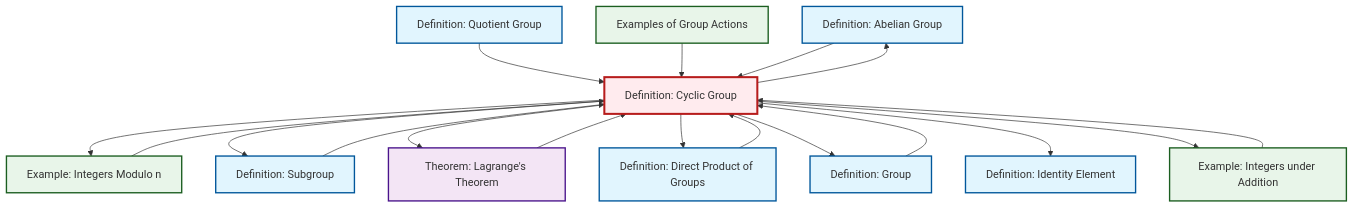
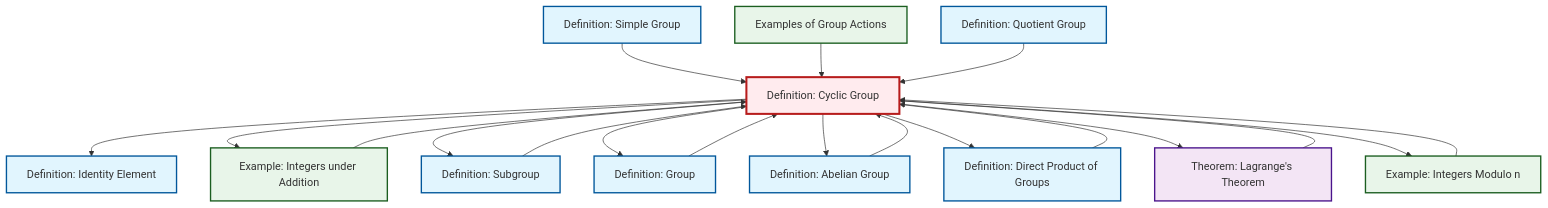
Before and after one commit to RK0429/ModernMath: the diagram in content/ja/algebra/def-cyclic-group.qmd, drawn with Mermaid. The commit also changed 554 other files, not shown here.

````diff
--- a/content/ja/algebra/def-cyclic-group.qmd
+++ b/content/ja/algebra/def-cyclic-group.qmd
@@ -99,48 +99,51 @@
 ```{mermaid}
 %%| fig-cap: "Local dependency graph"
 graph TD
     classDef definition fill:#e1f5fe,stroke:#01579b,stroke-width:2px
     classDef theorem fill:#f3e5f5,stroke:#4a148c,stroke-width:2px
     classDef axiom fill:#fff3e0,stroke:#e65100,stroke-width:2px
     classDef example fill:#e8f5e9,stroke:#1b5e20,stroke-width:2px
     classDef current fill:#ffebee,stroke:#b71c1c,stroke-width:3px
+    def-quotient-group["Definition: Quotient Group"]:::definition
+    def-direct-product["Definition: Direct Product of Groups"]:::definition
     def-abelian-group["Definition: Abelian Group"]:::definition
+    def-subgroup["Definition: Subgroup"]:::definition
+    ex-integers-addition["Example: Integers under Addition"]:::example
     def-cyclic-group["Definition: Cyclic Group"]:::definition
-    def-quotient-group["Definition: Quotient Group"]:::definition
+    ex-quotient-integers-mod-n["Example: Integers Modulo n"]:::example
+    def-simple-group["Definition: Simple Group"]:::definition
+    def-group["Definition: Group"]:::definition
     ex-group-action-examples["Examples of Group Actions"]:::example
-    def-group["Definition: Group"]:::definition
-    def-subgroup["Definition: Subgroup"]:::definition
+    thm-lagrange["Theorem: Lagrange's Theorem"]:::theorem
     def-identity-element["Definition: Identity Element"]:::definition
-    ex-quotient-integers-mod-n["Example: Integers Modulo n"]:::example
-    ex-integers-addition["Example: Integers under Addition"]:::example
-    thm-lagrange["Theorem: Lagrange's Theorem"]:::theorem
-    def-direct-product["Definition: Direct Product of Groups"]:::definition
+    def-simple-group --> def-cyclic-group
+    ex-integers-addition --> def-cyclic-group
+    ex-group-action-examples --> def-cyclic-group
+    ex-quotient-integers-mod-n --> def-cyclic-group
+    def-quotient-group --> def-cyclic-group
+    def-direct-product --> def-cyclic-group
+    def-subgroup --> def-cyclic-group
+    def-cyclic-group --> def-identity-element
+    def-group --> def-cyclic-group
+    def-abelian-group --> def-cyclic-group
+    def-cyclic-group --> ex-integers-addition
+    thm-lagrange --> def-cyclic-group
+    def-cyclic-group --> def-subgroup
+    def-cyclic-group --> def-group
+    def-cyclic-group --> def-abelian-group
+    def-cyclic-group --> def-direct-product
+    def-cyclic-group --> thm-lagrange
     def-cyclic-group --> ex-quotient-integers-mod-n
-    def-subgroup --> def-cyclic-group
-    def-group --> def-cyclic-group
-    def-cyclic-group --> def-abelian-group
-    ex-integers-addition --> def-cyclic-group
-    def-cyclic-group --> def-subgroup
-    def-cyclic-group --> thm-lagrange
-    def-quotient-group --> def-cyclic-group
-    thm-lagrange --> def-cyclic-group
-    def-cyclic-group --> def-direct-product
-    ex-group-action-examples --> def-cyclic-group
-    def-direct-product --> def-cyclic-group
-    def-cyclic-group --> def-group
-    def-abelian-group --> def-cyclic-group
-    def-cyclic-group --> def-identity-element
-    def-cyclic-group --> ex-integers-addition
-    ex-quotient-integers-mod-n --> def-cyclic-group
     class def-cyclic-group current
+    click def-quotient-group "def-quotient-group.html" "Definition: Quotient Groupへ"
+    click def-direct-product "def-direct-product.html" "Definition: Direct Product of Groupsへ"
     click def-abelian-group "def-abelian-group.html" "Definition: Abelian Groupへ"
-    click def-quotient-group "def-quotient-group.html" "Definition: Quotient Groupへ"
+    click def-subgroup "def-subgroup.html" "Definition: Subgroupへ"
+    click ex-integers-addition "ex-integers-addition.html" "Example: Integers under Additionへ"
+    click ex-quotient-integers-mod-n "ex-quotient-integers-mod-n.html" "Example: Integers Modulo nへ"
+    click def-simple-group "def-simple-group.html" "Definition: Simple Groupへ"
+    click def-group "def-group.html" "Definition: Groupへ"
     click ex-group-action-examples "ex-group-action-examples.html" "Examples of Group Actionsへ"
-    click def-group "def-group.html" "Definition: Groupへ"
-    click def-subgroup "def-subgroup.html" "Definition: Subgroupへ"
+    click thm-lagrange "thm-lagrange.html" "Theorem: Lagrange's Theoremへ"
     click def-identity-element "def-identity-element.html" "Definition: Identity Elementへ"
-    click ex-quotient-integers-mod-n "ex-quotient-integers-mod-n.html" "Example: Integers Modulo nへ"
-    click ex-integers-addition "ex-integers-addition.html" "Example: Integers under Additionへ"
-    click thm-lagrange "thm-lagrange.html" "Theorem: Lagrange's Theoremへ"
-    click def-direct-product "def-direct-product.html" "Definition: Direct Product of Groupsへ"
 ```
````
